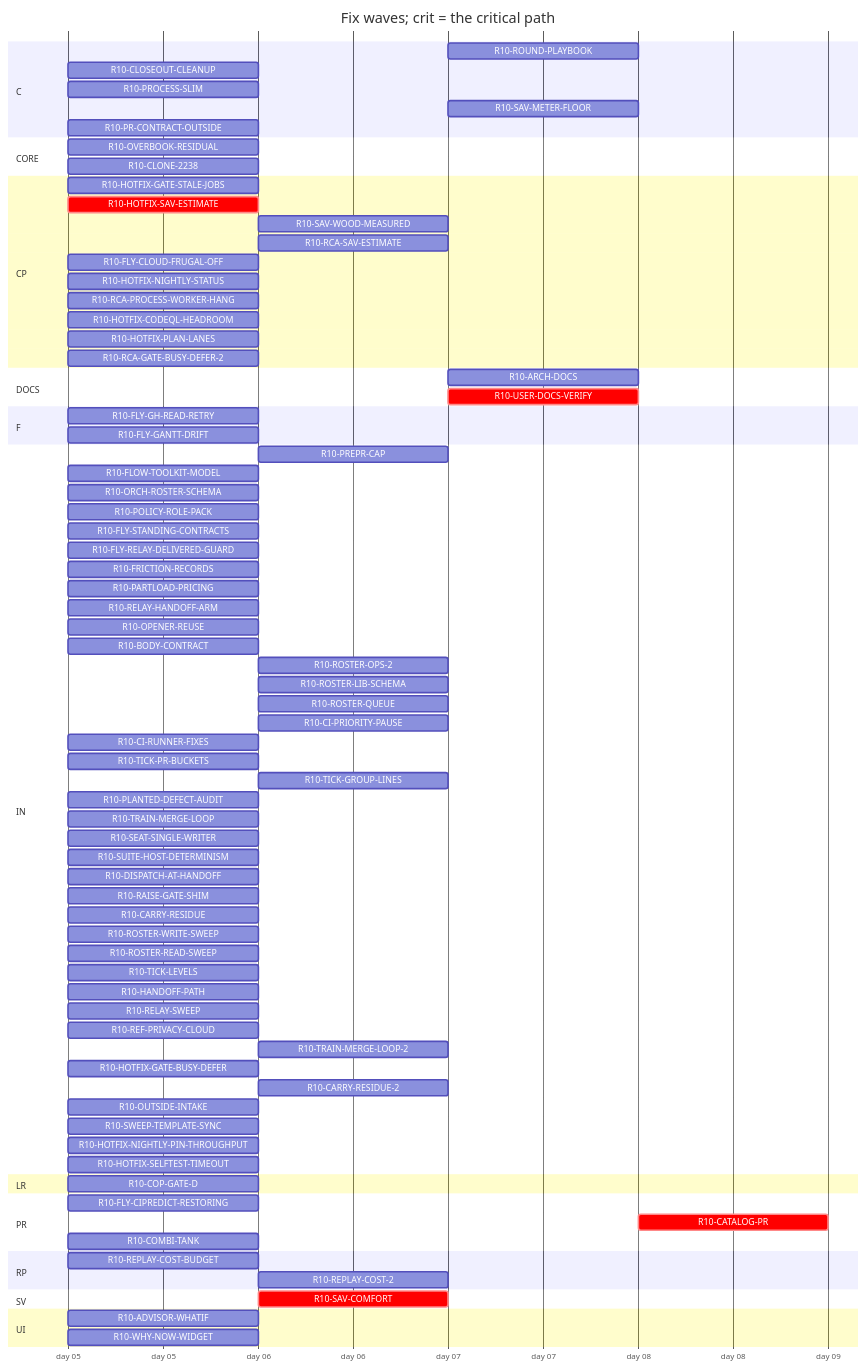
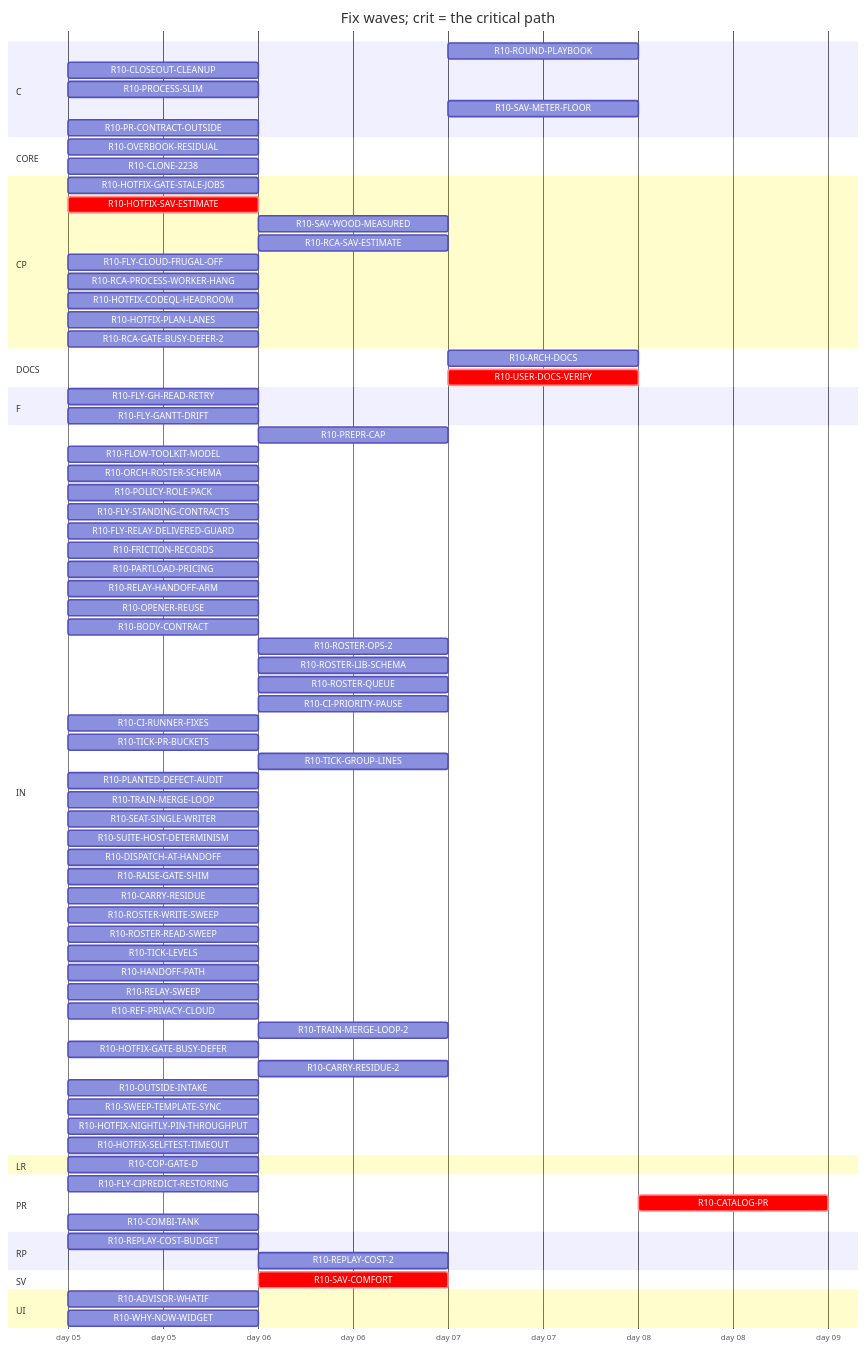
The diagram in handoff/round10/state/PLAN-TABLE.md (tvofi/heatpump_optimizer), drawn with Mermaid before and after one commit. The commit also changed other lines of this file and 3 other files, not shown here.

Commit message:
state: FLOW-BOARD.md, NEXT-SESSION-PROMPT.md, PLAN-TABLE.md, RESUME-CURRENT.md regenerated (state_docs.py)

```diff
--- a/handoff/round10/state/PLAN-TABLE.md
+++ b/handoff/round10/state/PLAN-TABLE.md
@@ -41,7 +41,6 @@
     R10-SAV-WOOD-MEASURED :r10SAVWOODMEASURED, after r10HOTFIXSAVESTIMATE, 1d
     R10-RCA-SAV-ESTIMATE :r10RCASAVESTIMATE, after r10HOTFIXSAVESTIMATE, 1d
     R10-FLY-CLOUD-FRUGAL-OFF :r10FLYCLOUDFRUGALOFF, 2026-01-05, 1d
-    R10-HOTFIX-NIGHTLY-STATUS :r10HOTFIXNIGHTLYSTATUS, 2026-01-05, 1d
     R10-RCA-PROCESS-WORKER-HANG :r10RCAPROCESSWORKERHANG, 2026-01-05, 1d
     R10-HOTFIX-CODEQL-HEADROOM :r10HOTFIXCODEQLHEADROOM, 2026-01-05, 1d
     R10-HOTFIX-PLAN-LANES :r10HOTFIXPLANLANES, 2026-01-05, 1d
```
